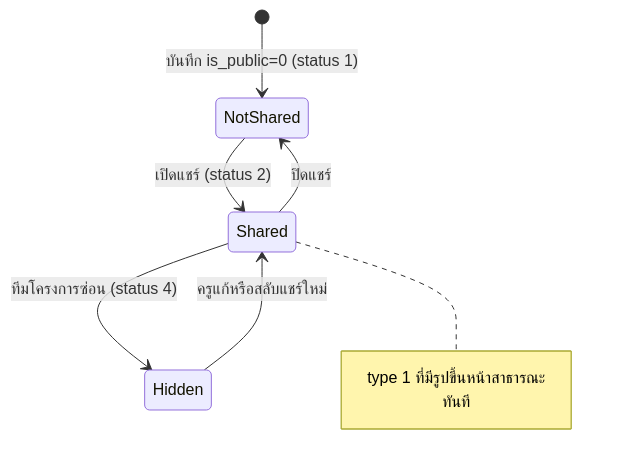
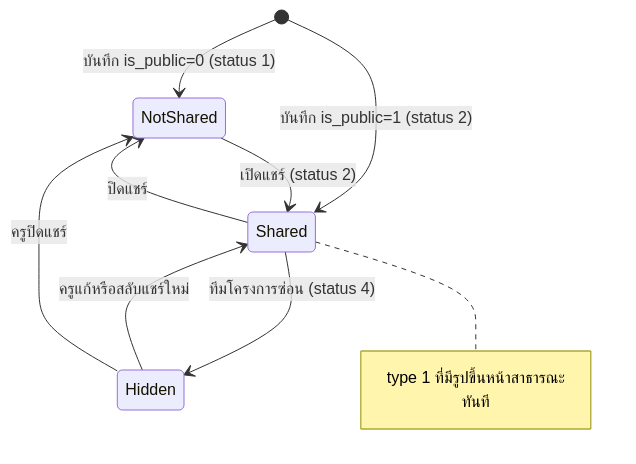
One commit to Gemii-Team/skillwise changed the second of 2 diagrams in docs/feature-spec/08-practice-log-story.md. Above: the diagram before and after it, drawn with Mermaid. The commit also changed other lines of this file and 15 other files, not shown here.

````diff
--- a/docs/feature-spec/08-practice-log-story.md
+++ b/docs/feature-spec/08-practice-log-story.md
@@ -71,9 +71,11 @@
 ```mermaid
 stateDiagram-v2
   [*] --> NotShared: บันทึก is_public=0 (status 1)
+  [*] --> Shared: บันทึก is_public=1 (status 2)
   NotShared --> Shared: เปิดแชร์ (status 2)
   Shared --> NotShared: ปิดแชร์
   Shared --> Hidden: ทีมโครงการซ่อน (status 4)
   Hidden --> Shared: ครูแก้หรือสลับแชร์ใหม่
+  Hidden --> NotShared: ครูปิดแชร์
   note right of Shared: type 1 ที่มีรูปขึ้นหน้าสาธารณะทันที
 ```
````
